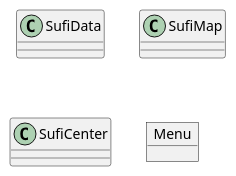
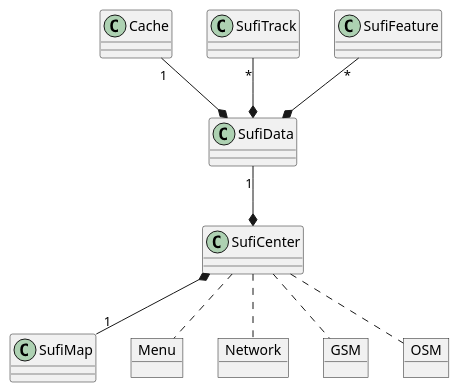
One commit to MARTIMM/Sufitrail changed the diagram in Doc/Designer notes.md. Above: the diagram before and after it, drawn with PlantUML. The commit also changed other lines of this file and 1 other file, not shown here.

Commit message:
and some notes

````diff
--- a/Doc/Designer notes.md
+++ b/Doc/Designer notes.md
@@ -38,17 +41,51 @@
 ``` plantuml
+
+class Cache {
+
+}
 
 class SufiData {
 }
 
 class SufiMap {
 }
 
+class SufiTrack {
+}
+
+class SufiFeature {
+}
+
 class SufiCenter {
 }
 
 'note "Menu is a javscript object" as M
 object Menu {
+
 }
-'Menu .. M
+
+object Network {
+
+}
+
+object GSM {
+
+}
+
+object OSM {
+
+}
+
+Cache "1" --* SufiData
+SufiTrack "*" --* SufiData
+SufiFeature "*" --* SufiData
+SufiData "1" --* SufiCenter
+
+SufiCenter .. Menu
+SufiCenter *-- "1" SufiMap
+SufiCenter .. Network
+SufiCenter .. GSM
+SufiCenter .. OSM
+
 
 ```
````
